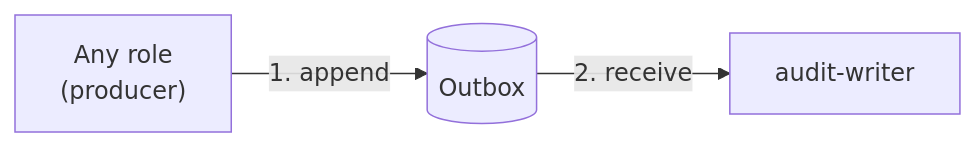
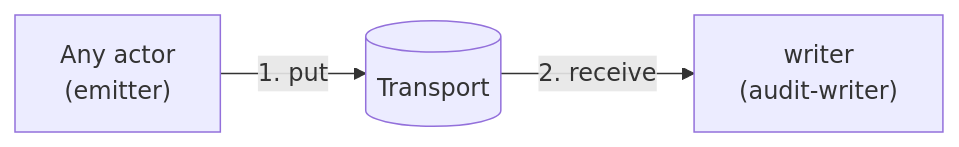
The first of 2 diagrams in docs/concepts/audit.md (truvity/sluis), drawn with Mermaid before and after one commit. The commit also changed other lines of this file and 63 other files, not shown here.

````diff
--- a/docs/concepts/audit.md
+++ b/docs/concepts/audit.md
@@ -21,5 +41,5 @@
 ```mermaid
 flowchart LR
-  P["Any role<br/>(producer)"] -->|"1. append"| O[("Outbox")]
-  O -->|"2. receive"| W["audit-writer"]
+  P["Any actor<br/>(emitter)"] -->|"1. put"| T[("Transport")]
+  T -->|"2. receive"| W["writer<br/>(audit-writer)"]
 ```
````
